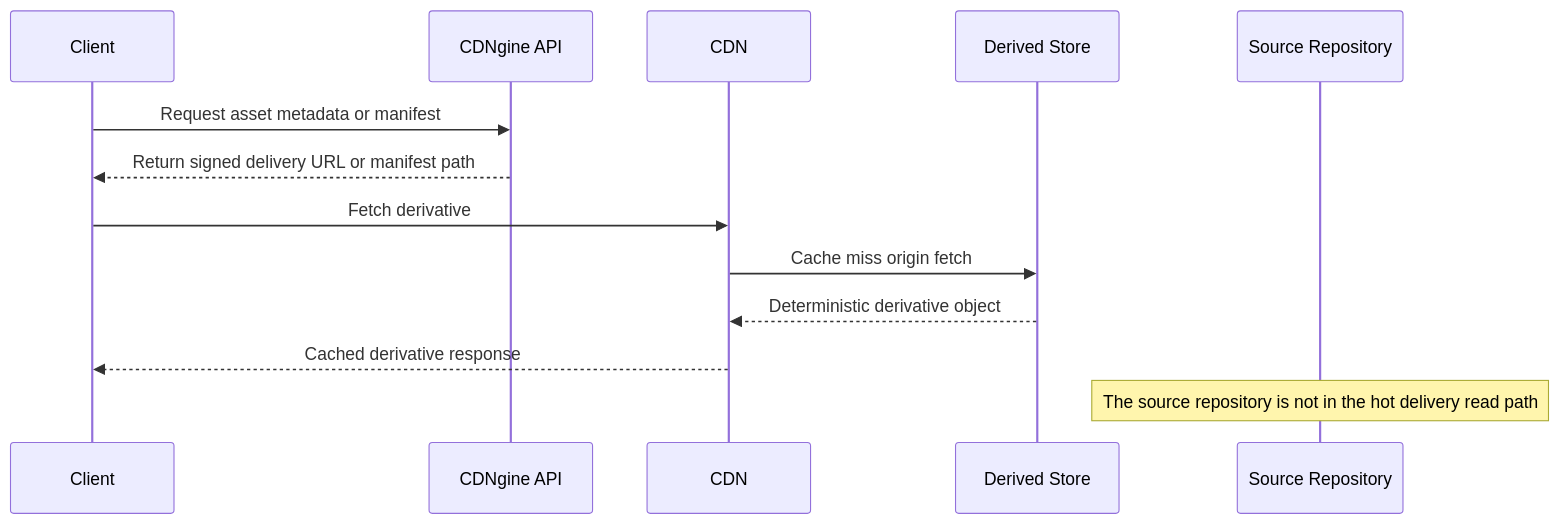
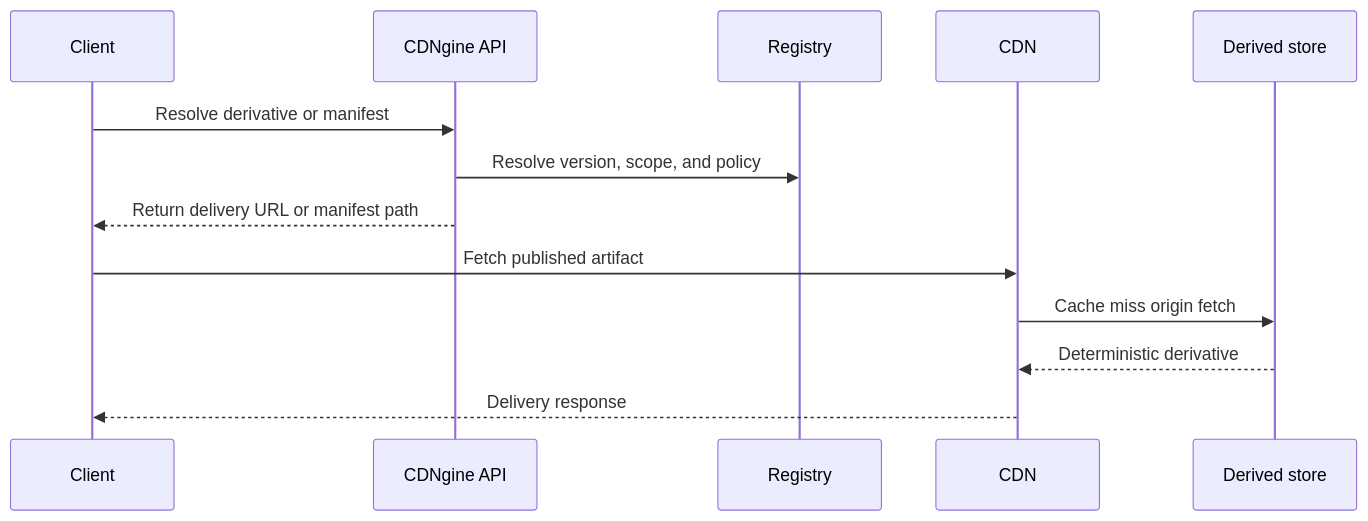
One commit to Yeusepe/cdngine changed the sixth of 10 diagrams in docs/architecture.md. Above: the diagram before and after it, drawn with Mermaid. The commit also changed other lines of this file and 18 other files, not shown here.

First line of the commit message:
Restructure docs: architecture & lifecycle

````diff
--- a/docs/architecture.md
+++ b/docs/architecture.md
@@ -562,16 +343,16 @@
 ```mermaid
 sequenceDiagram
     participant Client
     participant API as CDNgine API
-    participant CDN as CDN
-    participant D as Derived Store
-    participant O as Source Repository
+    participant Registry
+    participant CDN
+    participant Derived as Derived store
 
-    Client->>API: Request asset metadata or manifest
-    API-->>Client: Return signed delivery URL or manifest path
-    Client->>CDN: Fetch derivative
-    CDN->>D: Cache miss origin fetch
-    D-->>CDN: Deterministic derivative object
-    CDN-->>Client: Cached derivative response
-    Note over O: The source repository is not in the hot delivery read path
+    Client->>API: Resolve derivative or manifest
+    API->>Registry: Resolve version, scope, and policy
+    API-->>Client: Return delivery URL or manifest path
+    Client->>CDN: Fetch published artifact
+    CDN->>Derived: Cache miss origin fetch
+    Derived-->>CDN: Deterministic derivative
+    CDN-->>Client: Delivery response
 ```
````
